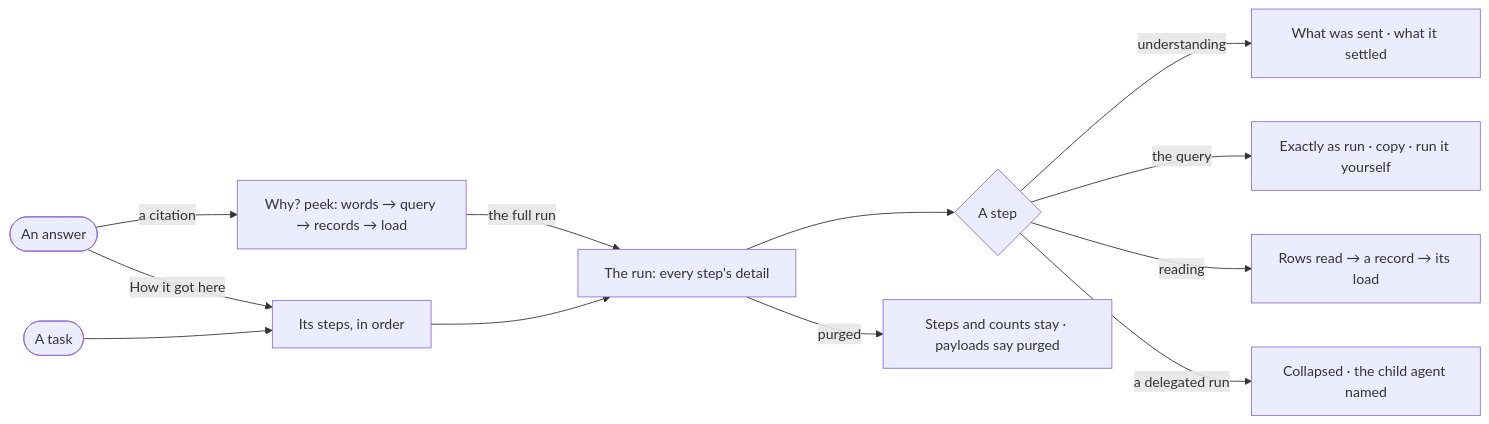
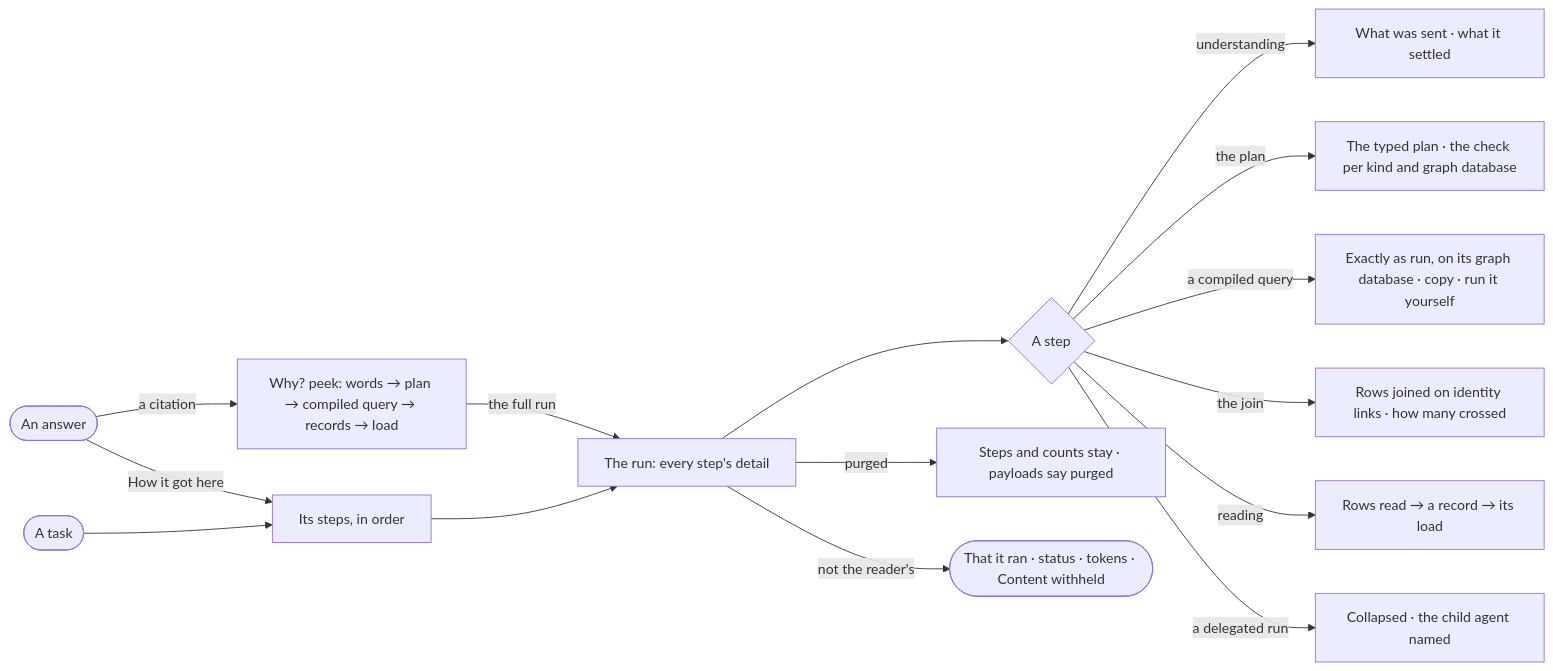
Before and after one commit to invana/invana: the diagram in specs/capabilities/explore/features/EX-F04-the-answer/stories/EX-04-see-how-the-answer-got-here/story.md, drawn with Mermaid. The commit also changed other lines of this file and 522 other files, not shown here.

````diff
--- a/specs/capabilities/explore/features/EX-F04-the-answer/stories/EX-04-see-how-the-answer-got-here/story.md
+++ b/specs/capabilities/explore/features/EX-F04-the-answer/stories/EX-04-see-how-the-answer-got-here/story.md
@@ -26,14 +26,17 @@
 ```mermaid
 flowchart LR
-  a([An answer]) -->|a citation| w["Why? peek: words → query → records → load"]
+  a([An answer]) -->|a citation| w["Why? peek: words → plan → compiled query → records → load"]
   a -->|How it got here| h["Its steps, in order"]
   w -->|the full run| run["The run: every step's detail"]
   h --> run
   run --> st{A step}
   st -->|understanding| u["What was sent · what it settled"]
-  st -->|the query| q["Exactly as run · copy · run it yourself"]
+  st -->|the plan| pl["The typed plan · the check per kind and graph database"]
+  st -->|a compiled query| q["Exactly as run, on its graph database · copy · run it yourself"]
+  st -->|the join| j["Rows joined on identity links · how many crossed"]
   st -->|reading| rows["Rows read → a record → its load"]
   st -->|a delegated run| child["Collapsed · the child agent named"]
   run -->|purged| pg["Steps and counts stay · payloads say purged"]
+  run -->|not the reader's| wh(["That it ran · status · tokens · Content withheld"])
   t([A task]) --> h
 ```
````
